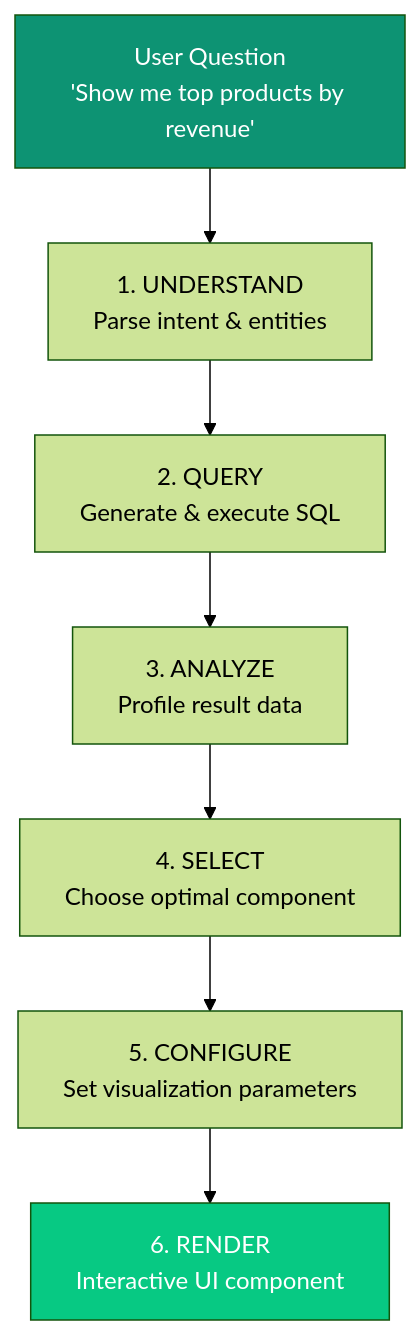
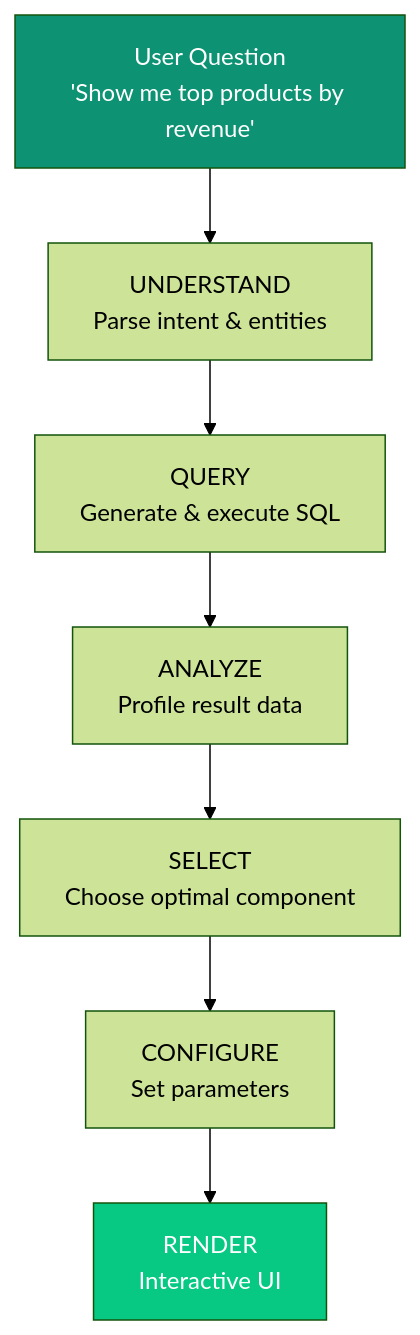
Before and after one commit to ashishsuperatom/tech-docs: the first of 4 diagrams in ip/generative-ui.mdx, drawn with Mermaid (forest theme). The commit also changed 13 other files, not shown here.

First line of the commit message:
Add Superatom AI logo and fix Mermaid diagram rendering

````diff
--- a/ip/generative-ui.mdx
+++ b/ip/generative-ui.mdx
@@ -28,17 +28,17 @@
 ```mermaid
 flowchart TB
-    Q["User Question<br>'Show me top products by revenue'"] --> UNDERSTAND["1. UNDERSTAND<br>Parse intent & entities"]
+    Q["User Question<br>'Show me top products by revenue'"] --> UNDERSTAND["UNDERSTAND<br>Parse intent & entities"]
 
-    UNDERSTAND --> QUERY["2. QUERY<br>Generate & execute SQL"]
+    UNDERSTAND --> QUERY["QUERY<br>Generate & execute SQL"]
 
-    QUERY --> ANALYZE["3. ANALYZE<br>Profile result data"]
+    QUERY --> ANALYZE["ANALYZE<br>Profile result data"]
 
-    ANALYZE --> SELECT["4. SELECT<br>Choose optimal component"]
+    ANALYZE --> SELECT["SELECT<br>Choose optimal component"]
 
-    SELECT --> CONFIGURE["5. CONFIGURE<br>Set visualization parameters"]
+    SELECT --> CONFIGURE["CONFIGURE<br>Set parameters"]
 
-    CONFIGURE --> RENDER["6. RENDER<br>Interactive UI component"]
+    CONFIGURE --> RENDER["RENDER<br>Interactive UI"]
 
     style Q fill:#0D9373,color:#fff
     style RENDER fill:#07C983,color:#fff
 ```
````
